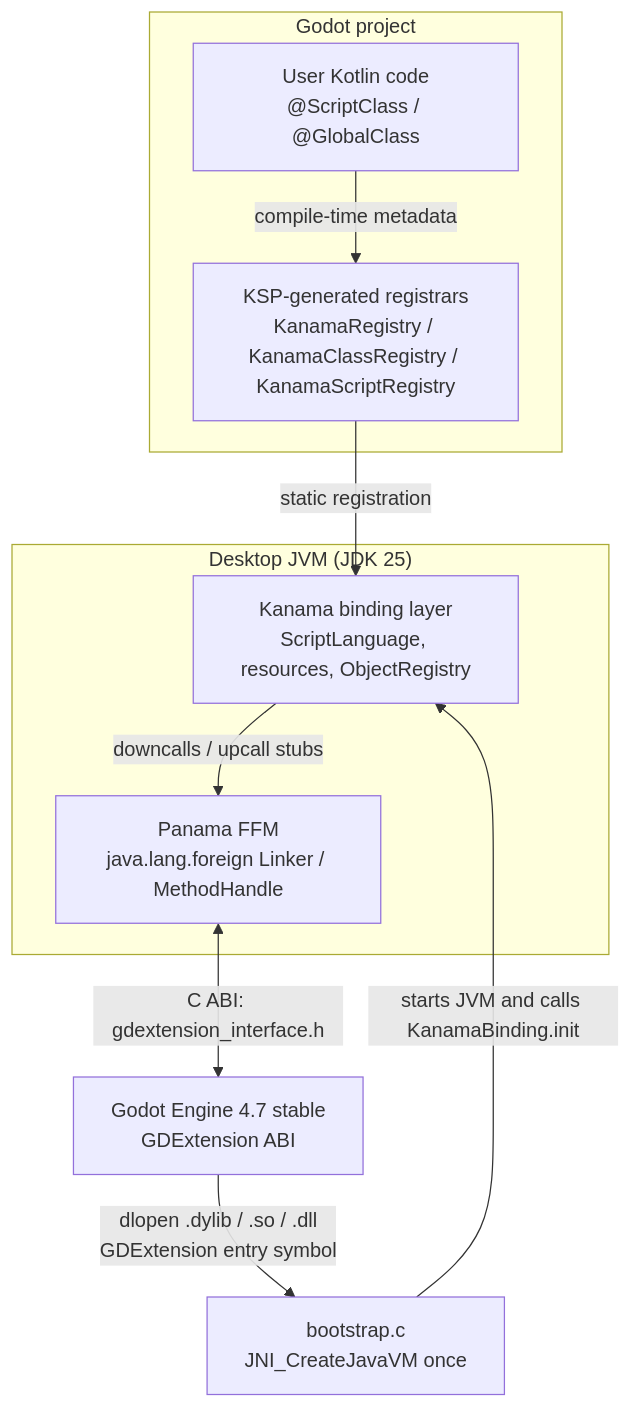
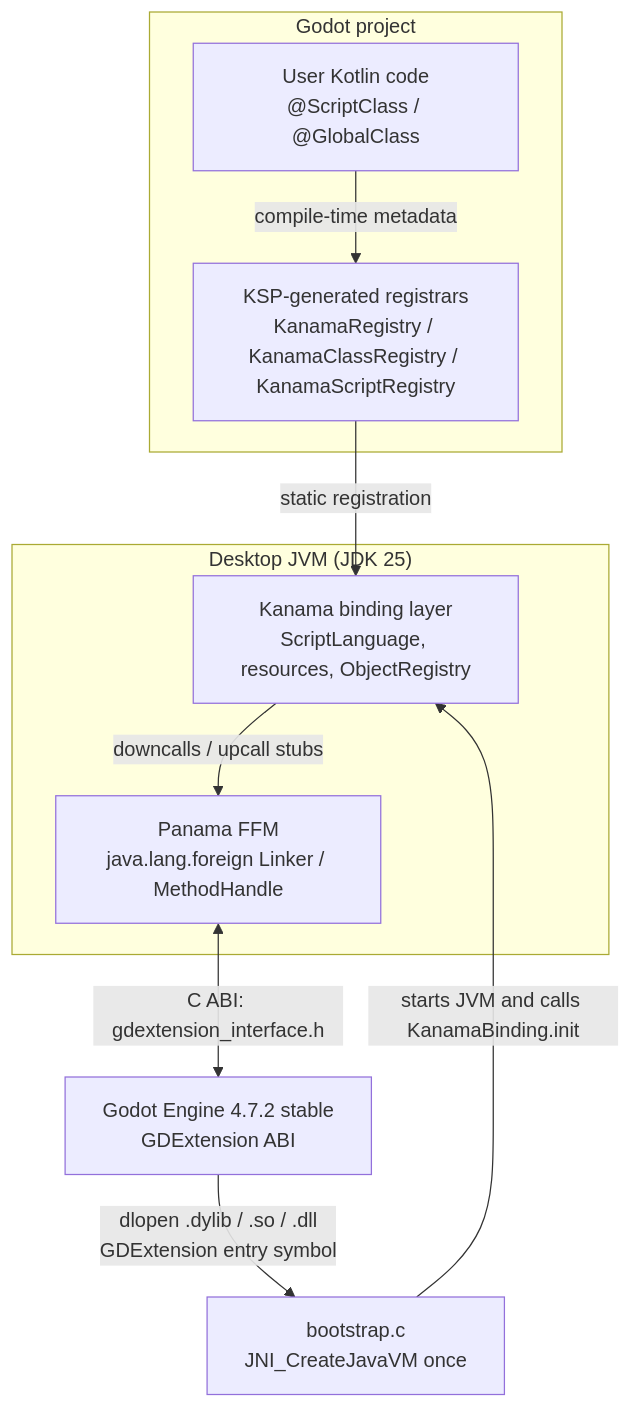
Before and after one commit to falcon4ever/kanama: the first of 5 diagrams in docs/contributing/architecture.md, drawn with Mermaid. The commit also changed 48 other files, not shown here.

First line of the commit message:
Re-pin the Godot baseline to 4.7.2 stable (task 91) (#211)

````diff
--- a/docs/contributing/architecture.md
+++ b/docs/contributing/architecture.md
@@ -20,22 +20,22 @@
 ```mermaid
 flowchart TB
     subgraph PROJECT["Godot project"]
         USER["User Kotlin code<br/>@ScriptClass / @GlobalClass"]
         KSP["KSP-generated registrars<br/>KanamaRegistry / KanamaClassRegistry / KanamaScriptRegistry"]
     end
 
     subgraph JVM["Desktop JVM (JDK 25)"]
         BINDING["Kanama binding layer<br/>ScriptLanguage, resources, ObjectRegistry"]
         FFM["Panama FFM<br/>java.lang.foreign Linker / MethodHandle"]
     end
 
     BOOT["bootstrap.c<br/>JNI_CreateJavaVM once"]
-    GODOT["Godot Engine 4.7 stable<br/>GDExtension ABI"]
+    GODOT["Godot Engine 4.7.2 stable<br/>GDExtension ABI"]
 
     USER -->|"compile-time metadata"| KSP
     KSP -->|"static registration"| BINDING
     GODOT -->|"dlopen .dylib / .so / .dll<br/>GDExtension entry symbol"| BOOT
     BOOT -->|"starts JVM and calls KanamaBinding.init"| BINDING
     BINDING -->|"downcalls / upcall stubs"| FFM
     FFM <-->|"C ABI: gdextension_interface.h"| GODOT
 ```
````
